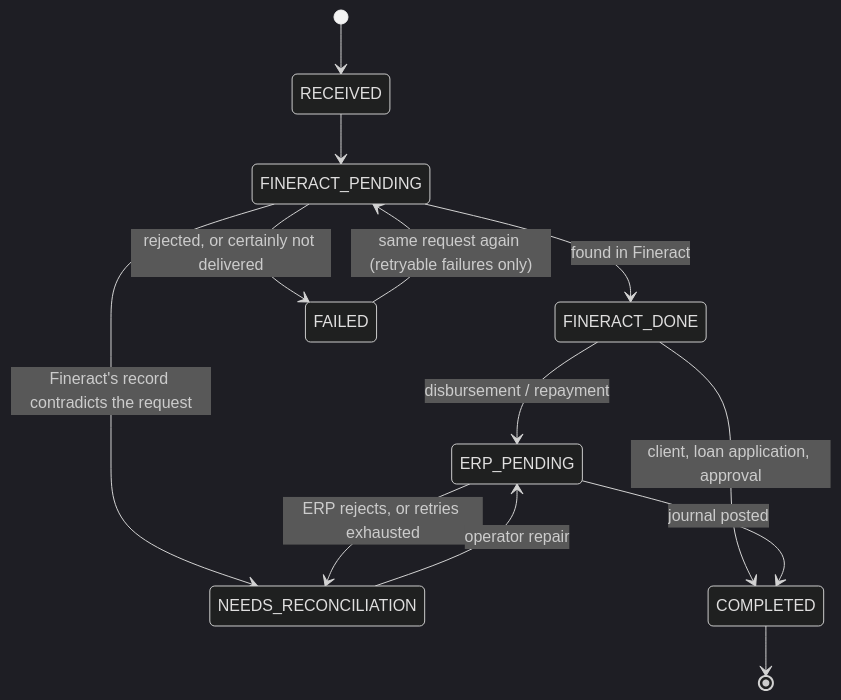
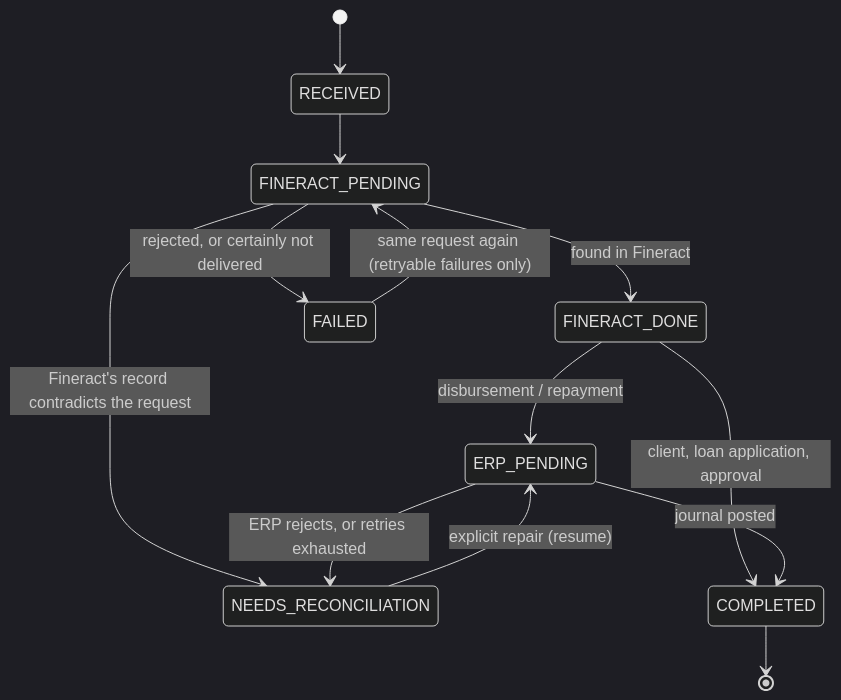
The second of 2 diagrams in ARCHITECTURE.md (asopiah/fineract-erp-integration), drawn with Mermaid (dark theme) before and after one commit. The commit also changed other lines of this file and 18 other files, not shown here.

````diff
--- a/ARCHITECTURE.md
+++ b/ARCHITECTURE.md
@@ -83,15 +84,15 @@
 ```mermaid
 stateDiagram-v2
     [*] --> RECEIVED
     RECEIVED --> FINERACT_PENDING
     FINERACT_PENDING --> FINERACT_DONE: found in Fineract
     FINERACT_PENDING --> FAILED: rejected, or certainly not delivered
     FINERACT_PENDING --> NEEDS_RECONCILIATION: Fineract's record contradicts the request
     FAILED --> FINERACT_PENDING: same request again (retryable failures only)
     FINERACT_DONE --> ERP_PENDING: disbursement / repayment
     FINERACT_DONE --> COMPLETED: client, loan application, approval
     ERP_PENDING --> COMPLETED: journal posted
     ERP_PENDING --> NEEDS_RECONCILIATION: ERP rejects, or retries exhausted
-    NEEDS_RECONCILIATION --> ERP_PENDING: operator repair
+    NEEDS_RECONCILIATION --> ERP_PENDING: explicit repair (resume)
     COMPLETED --> [*]
 ```
````
